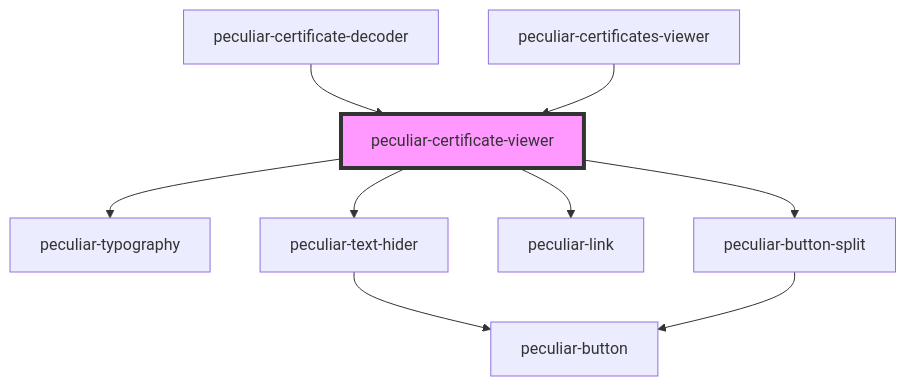
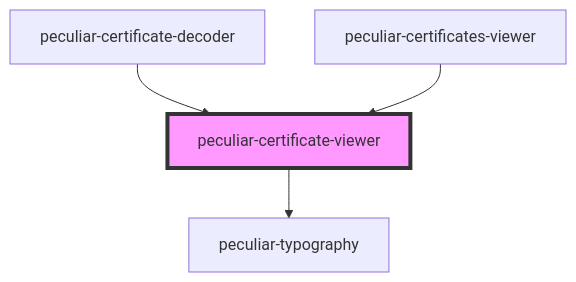
Before and after one commit to PeculiarVentures/pv-certificates-viewer: the diagram in packages/webcomponents/src/components/certificate-viewer/readme.md, drawn with Mermaid. The commit also changed other lines of this file and 76 other files, not shown here.

````diff
--- a/packages/webcomponents/src/components/certificate-viewer/readme.md
+++ b/packages/webcomponents/src/components/certificate-viewer/readme.md
@@ -37,12 +34,7 @@
 ```mermaid
 graph TD;
   peculiar-certificate-viewer --> peculiar-typography
-  peculiar-certificate-viewer --> peculiar-text-hider
-  peculiar-certificate-viewer --> peculiar-link
-  peculiar-certificate-viewer --> peculiar-button-split
-  peculiar-text-hider --> peculiar-button
-  peculiar-button-split --> peculiar-button
   peculiar-certificate-decoder --> peculiar-certificate-viewer
   peculiar-certificates-viewer --> peculiar-certificate-viewer
   style peculiar-certificate-viewer fill:#f9f,stroke:#333,stroke-width:4px
 ```
````
